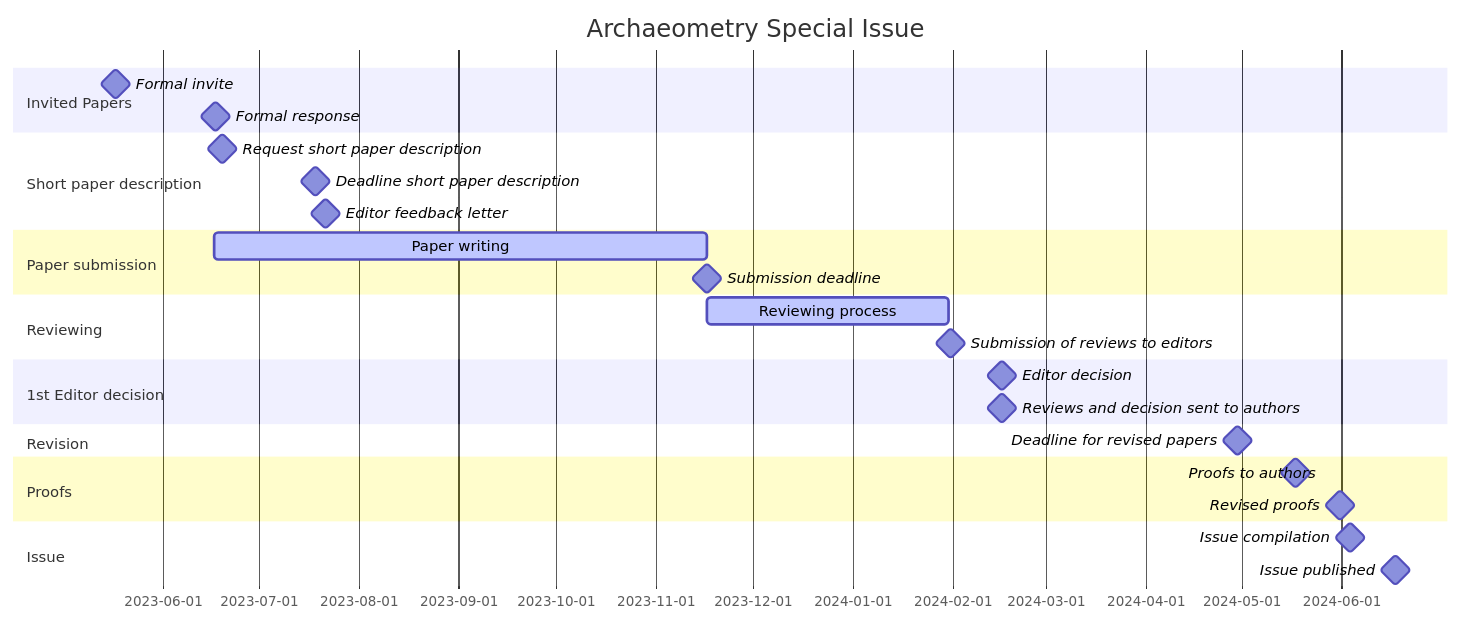
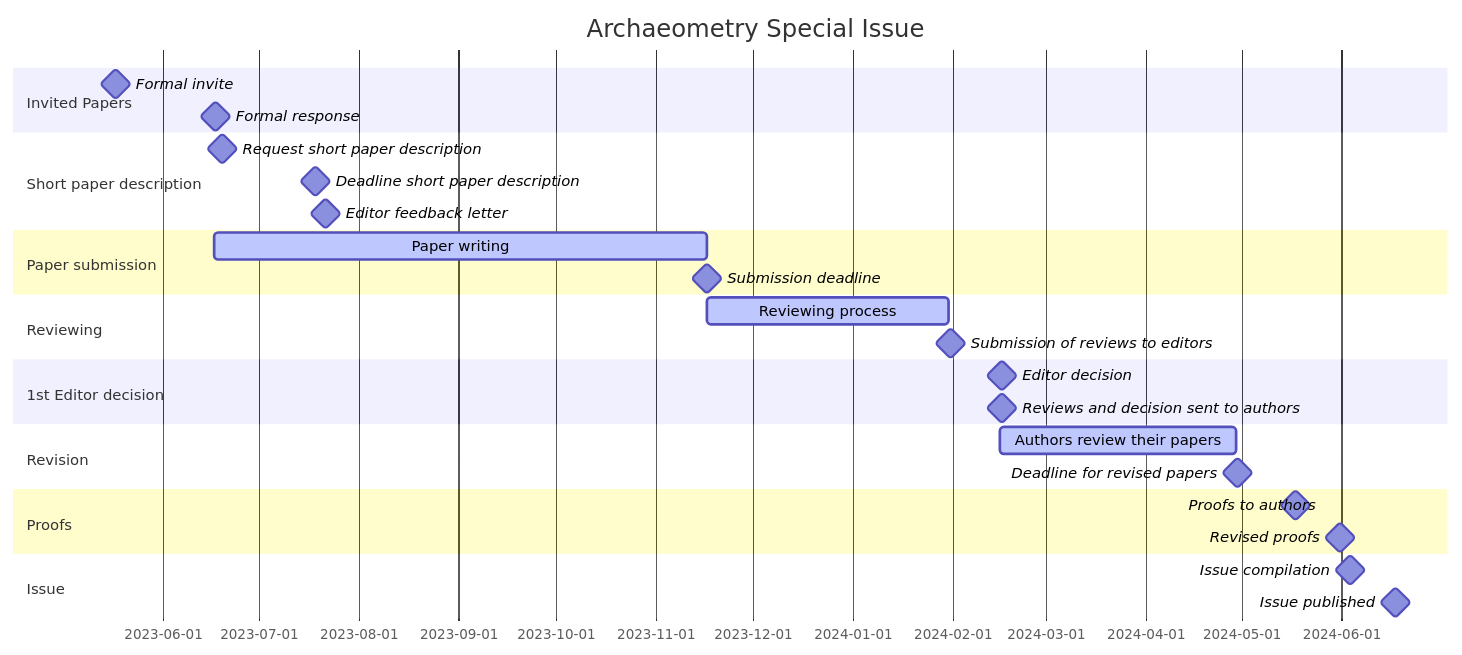
One commit to historical-time/archaeometry-si changed the diagram in README.md. Above: the diagram before and after it, drawn with Mermaid.

````diff
--- a/README.md
+++ b/README.md
@@ -19,30 +19,31 @@
 ```mermaid
 gantt
     title Archaeometry Special Issue
     dateFormat  YYYY-MM-DD
     section Invited Papers
     Formal invite                    : milestone, m0, 2023-05-17, 1d
     Formal response                  : milestone, m0, 2023-06-17, 1d
     section Short paper description
     Request short paper description  : milestone, m0, 2023-06-19, 1d
     Deadline short paper description : milestone, m0, 2023-07-18, 1d
     Editor feedback letter           : milestone, m1, 2023-07-21, 1d
     section Paper submission
     Paper writing                    : active, a0, 2023-06-17, 2023-11-17
     Submission deadline              : milestone, m9, 2023-11-17, 1d %% Soft deadline
     %% Hard deadline                 : milestone, m9, 2023-11-30, 1d %% Hard deadline
     section Reviewing
     Reviewing process                  : active, a1, 2023-11-17, 2024-01-31
     Submission of reviews to editors   : milestone, m1, 2024-01-31, 1d
     section 1st Editor decision
     Editor decision                     : milestone, m2, 2024-02-16, 1d
     Reviews and decision sent to authors: milestone, m2, 2024-02-16, 1d
     section Revision
-    Deadline for revised papers      : milestone, m2, 2024-04-29, 1d
+    Authors review their papers       : active, a1, 2024-02-16, 2024-04-29
+    Deadline for revised papers       : milestone, m2, 2024-04-29, 1d
     section Proofs
     Proofs to authors                : milestone, m2, 2024-05-17, 1d
     Revised proofs                   : milestone, m2, 2024-05-31, 1d
     section Issue
     Issue compilation                : milestone, m2, 2024-06-03, 1d
     Issue published                  : milestone, m2, 2024-06-17, 1d
 ```
````
